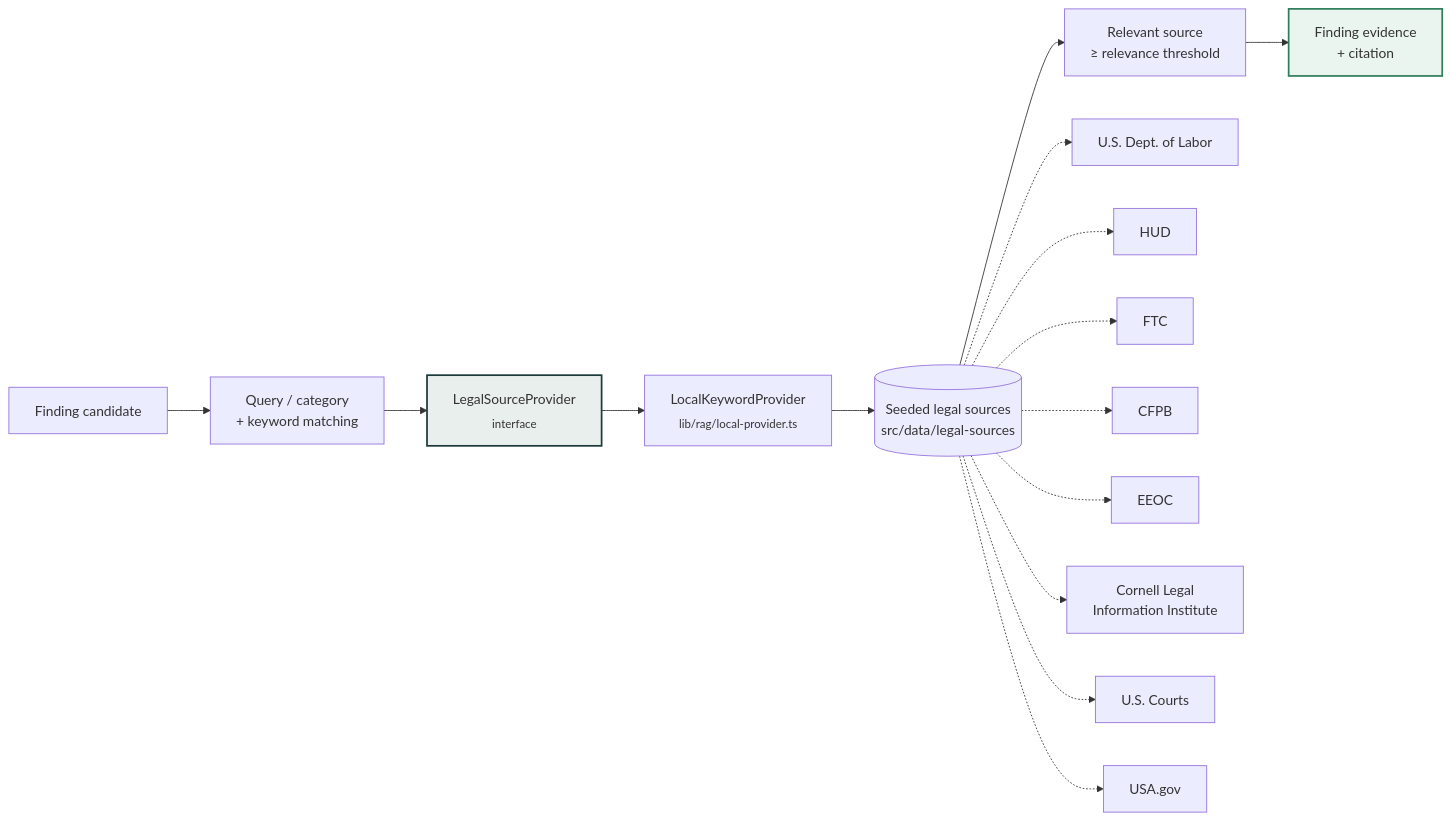
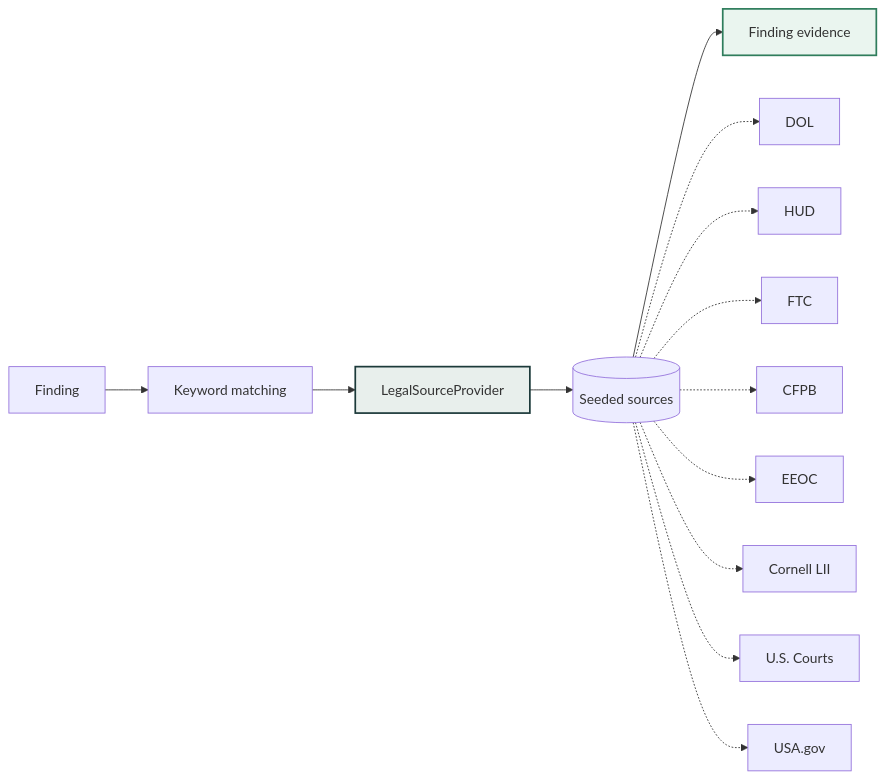
One commit to KodeMeister-YT/CivicShield changed the seventh of 12 diagrams in README.md. Above: the diagram before and after it, drawn with Mermaid. The commit also changed other lines of this file, not shown here.

Commit message:
docs: trim README prose, keep all diagrams and data

````diff
--- a/README.md
+++ b/README.md
@@ -236,21 +139,17 @@
 ```mermaid
 flowchart LR
-    F[Finding candidate] --> Q[Query / category<br/>+ keyword matching]
-    Q --> LSP[LegalSourceProvider<br/><sub>interface</sub>]
-    LSP --> LKP[LocalKeywordProvider<br/><sub>lib/rag/local-provider.ts</sub>]
-    LKP --> SEED[(Seeded legal sources<br/>src/data/legal-sources)]
-    SEED --> REL[Relevant source<br/>≥ relevance threshold]
-    REL --> EV[Finding evidence<br/>+ citation]
+    F[Finding] --> Q[Keyword matching] --> LSP[LegalSourceProvider]
+    LSP --> SEED[(Seeded sources)] --> EV[Finding evidence]
 
-    SEED -.-> DOL[U.S. Dept. of Labor]
+    SEED -.-> DOL[DOL]
     SEED -.-> HUD[HUD]
     SEED -.-> FTC[FTC]
     SEED -.-> CFPB[CFPB]
     SEED -.-> EEOC[EEOC]
-    SEED -.-> LII[Cornell Legal<br/>Information Institute]
+    SEED -.-> LII[Cornell LII]
     SEED -.-> COURTS[U.S. Courts]
     SEED -.-> USAGOV[USA.gov]
 
     style LSP fill:#e8efec,stroke:#1c3a3a,stroke-width:2px
     style EV fill:#eaf5ef,stroke:#2f7d5c,stroke-width:2px
 ```
````
